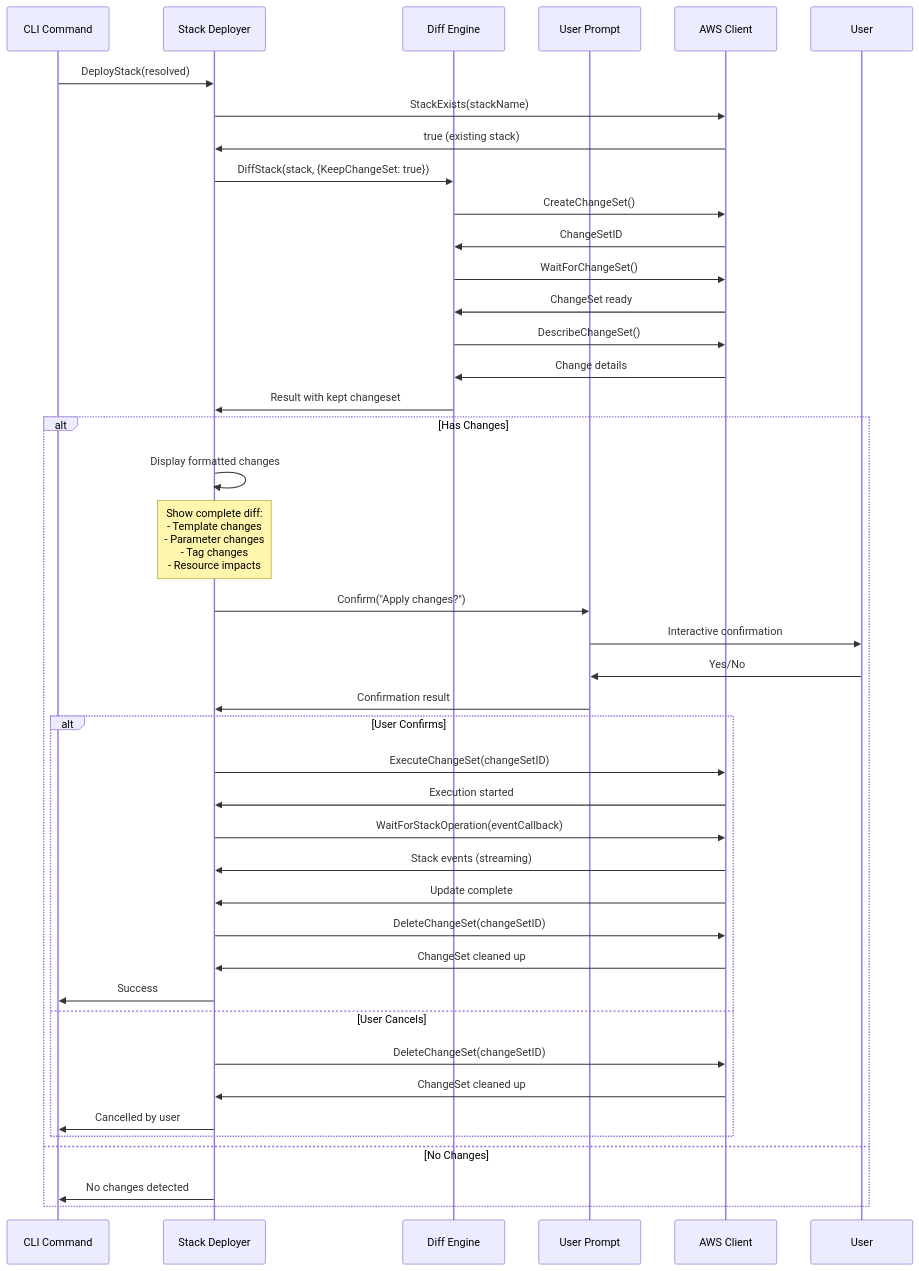
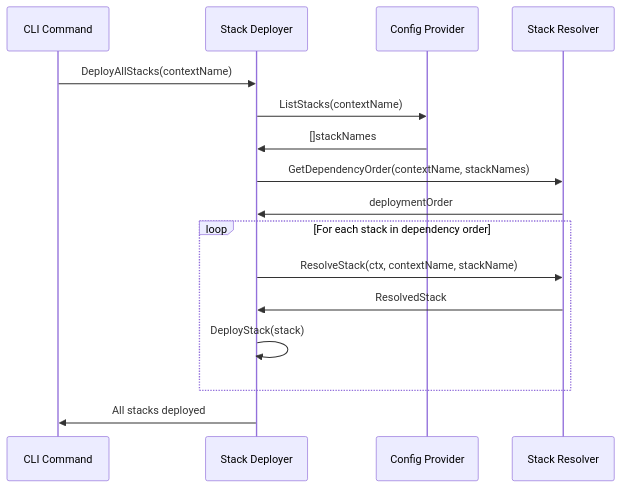
One commit to orien/stackaroo changed the sixth of 7 diagrams in docs/architecture/deploy.md. Above: the diagram before and after it, drawn with Mermaid. The commit also changed other lines of this file and 15 other files, not shown here.

First line of the commit message:
refactor: move stack deletion logic from cmd layer to delete module

````diff
--- a/docs/architecture/deploy.md
+++ b/docs/architecture/deploy.md
@@ -244,48 +187,21 @@
 ```mermaid
 sequenceDiagram
     participant CLI as CLI Command
     participant Deployer as Stack Deployer
-    participant Diff as Diff Engine
-    participant Prompt as User Prompt
-    participant AWS as AWS Client
+    participant Config as Config Provider
+    participant Resolver as Stack Resolver
 
-    CLI->>Deployer: DeployStack(resolved)
-    Deployer->>AWS: StackExists(stackName)
-    AWS->>Deployer: true (existing stack)
+    CLI->>Deployer: DeployAllStacks(contextName)
+    Deployer->>Config: ListStacks(contextName)
+    Config->>Deployer: []stackNames
+    Deployer->>Resolver: GetDependencyOrder(contextName, stackNames)
+    Resolver->>Deployer: deploymentOrder
 
-    Deployer->>Diff: DiffStack(stack, {KeepChangeSet: true})
-    Diff->>AWS: CreateChangeSet()
-    AWS->>Diff: ChangeSetID
-    Diff->>AWS: WaitForChangeSet()
-    AWS->>Diff: ChangeSet ready
-    Diff->>AWS: DescribeChangeSet()
-    AWS->>Diff: Change details
-    Diff->>Deployer: Result with kept changeset
+    loop For each stack in dependency order
+        Deployer->>Resolver: ResolveStack(ctx, contextName, stackName)
+        Resolver->>Deployer: ResolvedStack
+        Deployer->>Deployer: DeployStack(stack)
+    end
 
-    alt Has Changes
-        Deployer->>Deployer: Display formatted changes
-        Note over Deployer: Show complete diff:<br/>- Template changes<br/>- Parameter changes<br/>- Tag changes<br/>- Resource impacts
-
-        Deployer->>Prompt: Confirm("Apply changes?")
-        Prompt->>User: Interactive confirmation
-        User->>Prompt: Yes/No
-        Prompt->>Deployer: Confirmation result
-
-        alt User Confirms
-            Deployer->>AWS: ExecuteChangeSet(changeSetID)
-            AWS->>Deployer: Execution started
-            Deployer->>AWS: WaitForStackOperation(eventCallback)
-            AWS->>Deployer: Stack events (streaming)
-            AWS->>Deployer: Update complete
-            Deployer->>AWS: DeleteChangeSet(changeSetID)
-            AWS->>Deployer: ChangeSet cleaned up
-            Deployer->>CLI: Success
-        else User Cancels
-            Deployer->>AWS: DeleteChangeSet(changeSetID)
-            AWS->>Deployer: ChangeSet cleaned up
-            Deployer->>CLI: Cancelled by user
-        end
-    else No Changes
-        Deployer->>CLI: No changes detected
-    end
+    Deployer->>CLI: All stacks deployed
 ```
````
